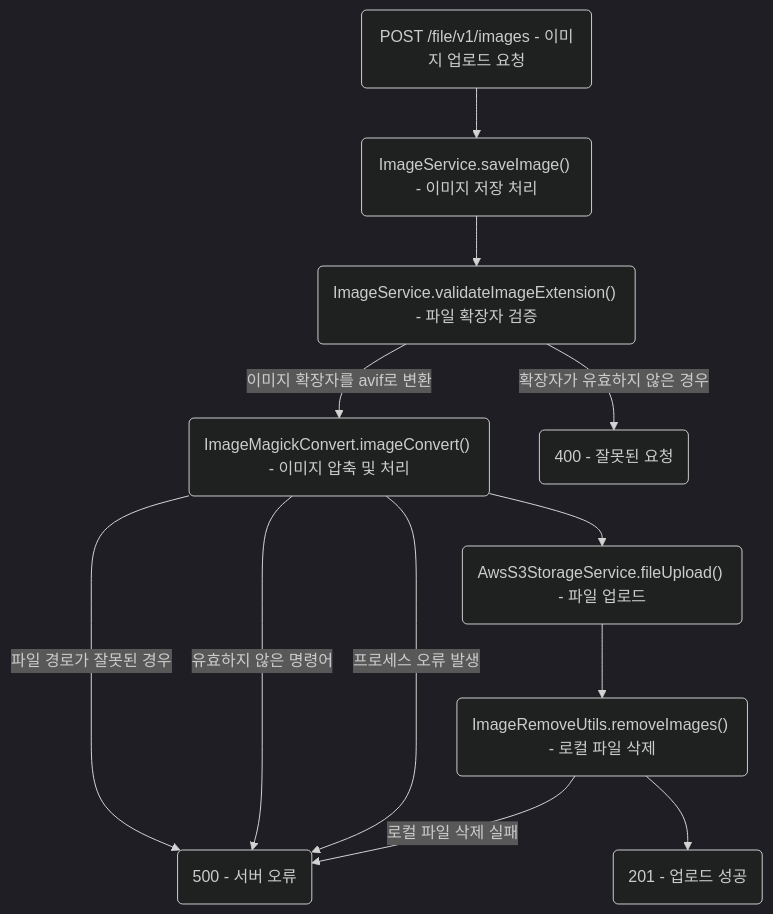
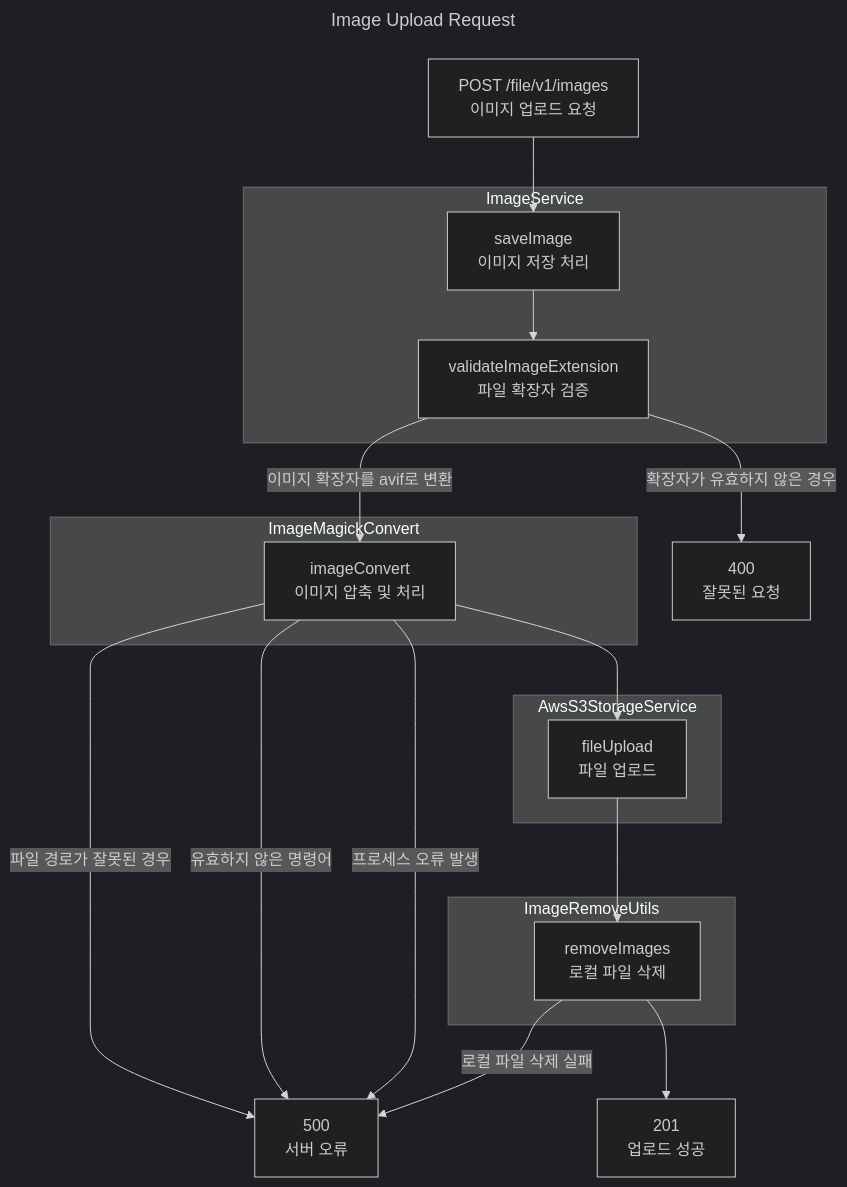
Before and after one commit to What-s-Your-Plan/wypl-backend: the first of 2 diagrams in application/wypl-image/src/main/java/com/wypl/wyplimage/controller/README.md, drawn with Mermaid (dark theme).

Commit message:
Docs(#60): Image Upload Request 수정

````diff
--- a/application/wypl-image/src/main/java/com/wypl/wyplimage/controller/README.md
+++ b/application/wypl-image/src/main/java/com/wypl/wyplimage/controller/README.md
@@ -5,21 +5,44 @@
 ```mermaid
+---
+title: "Image Upload Request"
+---
 flowchart TD
-    Request("POST /file/v1/images - 이미지 업로드 요청")
-    Service("ImageService.saveImage() - 이미지 저장 처리")
-    Validate("ImageService.validateImageExtension() - 파일 확장자 검증")
-    ImageMagic("ImageMagickConvert.imageConvert() - 이미지 압축 및 처리")
-    Upload("AwsS3StorageService.fileUpload() - 파일 업로드")
-    Remove("ImageRemoveUtils.removeImages() - 로컬 파일 삭제")
-    Success("201 - 업로드 성공")
-    BadRequest("400 - 잘못된 요청")
-    ServerError("500 - 서버 오류")
-    Request --> Service --> Validate
+    Request[POST /file/v1/images </br> 이미지 업로드 요청]
+    Service[saveImage </br> 이미지 저장 처리]
+    Validate[validateImageExtension </br> 파일 확장자 검증]
+    ImageMagic[imageConvert </br> 이미지 압축 및 처리]
+    Upload[fileUpload </br> 파일 업로드]
+    Remove[removeImages </br> 로컬 파일 삭제]
+    Success[201 </br> 업로드 성공]
+    BadRequest[400 </br> 잘못된 요청]
+    ServerError[500 </br> 서버 오류]
+    Request --> Service
+
+    subgraph ImageService
+        Service --> Validate
+    end
     Validate -- 확장자가 유효하지 않은 경우 --> BadRequest
     Validate -- 이미지 확장자를 avif로 변환 --> ImageMagic
     ImageMagic -- 파일 경로가 잘못된 경우 --> ServerError
     ImageMagic -- 유효하지 않은 명령어 --> ServerError
     ImageMagic -- 프로세스 오류 발생 --> ServerError
-    ImageMagic --> Upload --> Remove
+
+    subgraph ImageMagickConvert
+        ImageMagic
+    end
+
+    ImageMagic --> Upload
+
+    subgraph AwsS3StorageService
+        Upload
+    end
+
+    Upload --> Remove
+
+    subgraph ImageRemoveUtils
+        Remove
+    end
+
     Remove -- 로컬 파일 삭제 실패 --> ServerError
     Remove --> Success
 ```
````
